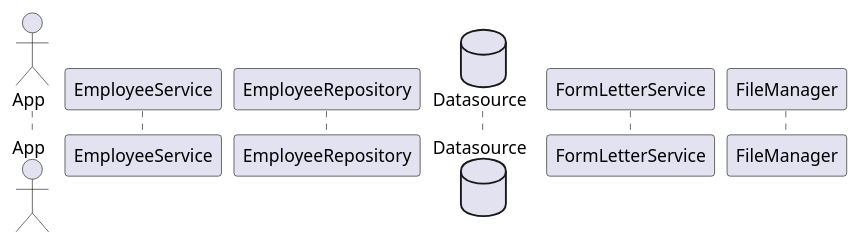
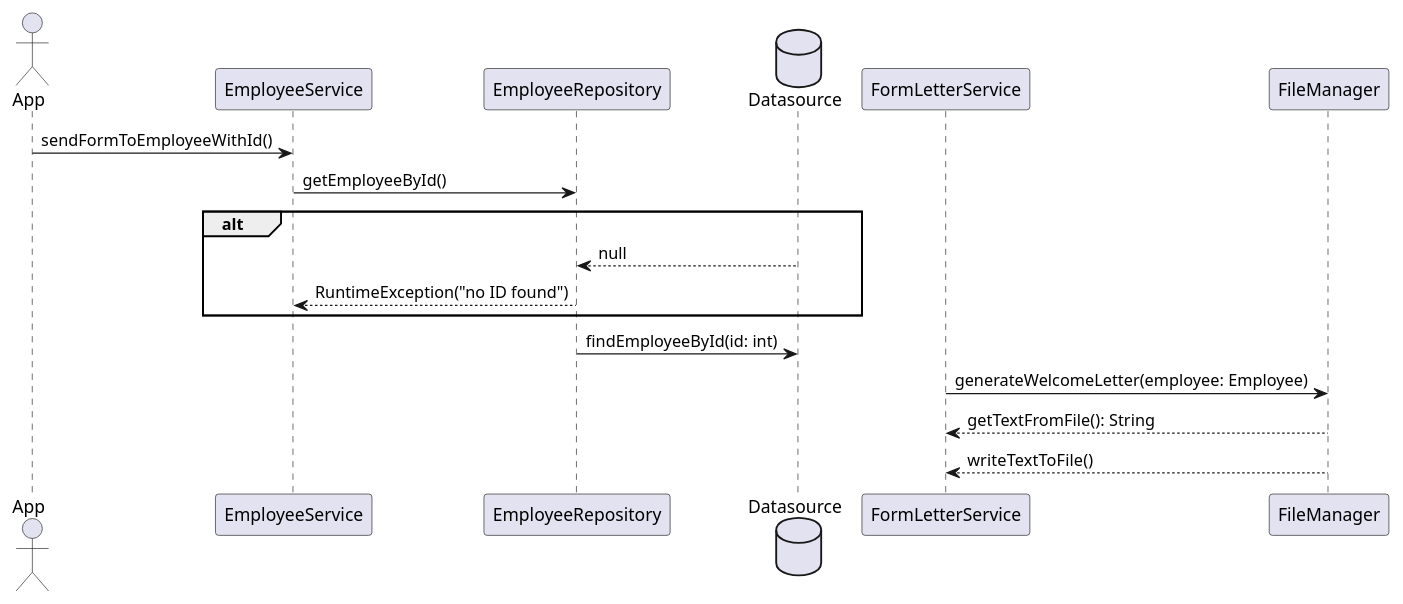
Before and after one commit to jarviswynn123/Sprint-4-Challenge-WelcomeLetter: the diagram in build/resources/main/CreateWelcomeLetterSD.puml, drawn with PlantUML. The commit also changed 23 other files, not shown here.

```diff
--- a/build/resources/main/CreateWelcomeLetterSD.puml
+++ b/build/resources/main/CreateWelcomeLetterSD.puml
@@ -1,10 +1,23 @@
 @startuml
 
 actor App
 participant EmployeeService
 participant EmployeeRepository
 database Datasource
 participant FormLetterService
 participant FileManager
 
+App -> EmployeeService: sendFormToEmployeeWithId()
+EmployeeService -> EmployeeRepository: getEmployeeById()
+
+alt
+EmployeeRepository <-- Datasource: null
+EmployeeService <-- EmployeeRepository: RuntimeException("no ID found")
+end
+
+EmployeeRepository -> Datasource: findEmployeeById(id: int)
+FormLetterService -> FileManager: generateWelcomeLetter(employee: Employee)
+FormLetterService <-- FileManager: getTextFromFile(): String
+FormLetterService <-- FileManager: writeTextToFile()
+
 @enduml
```
